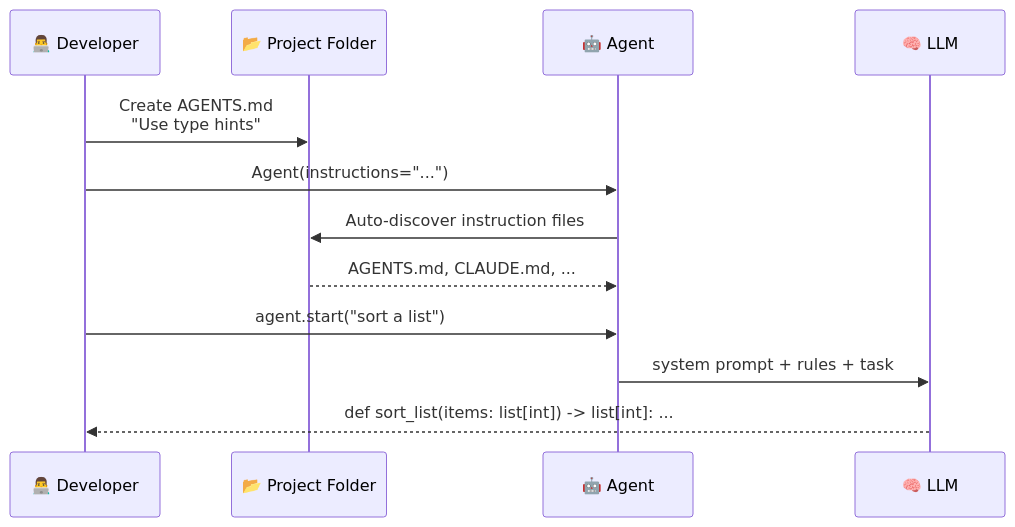
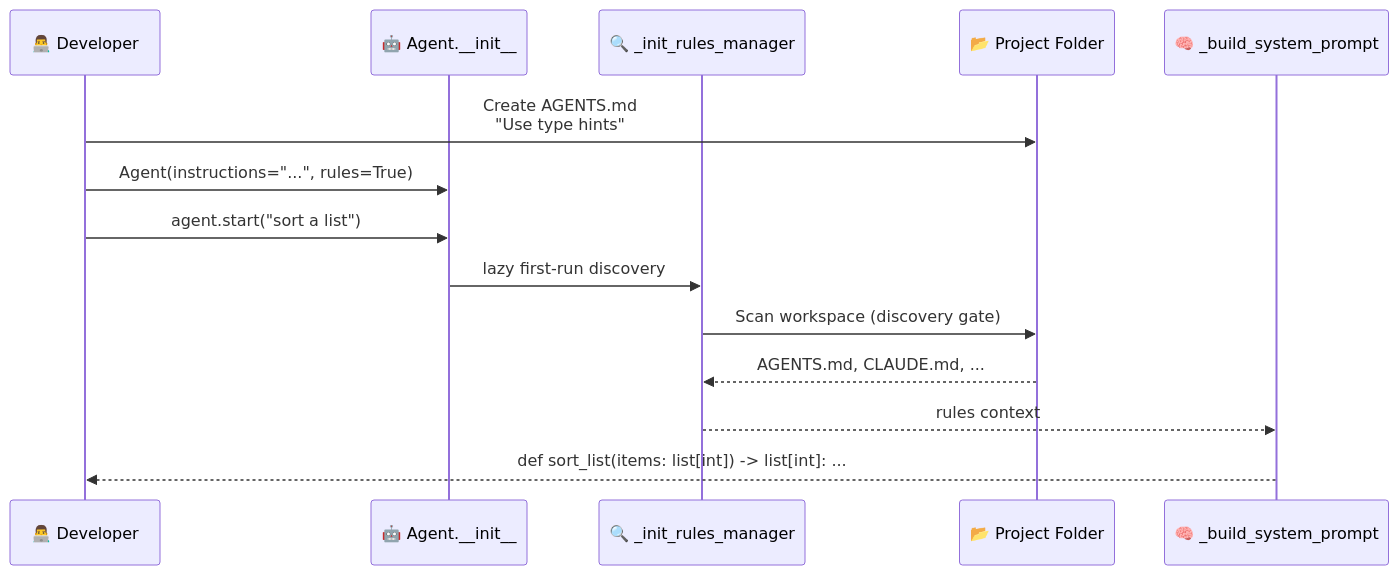
One commit to MervinPraison/PraisonAIDocs changed the first of 4 diagrams in docs/features/rules.mdx. Above: the diagram before and after it, drawn with Mermaid. The commit also changed other lines of this file, not shown here.

First line of the commit message:
docs: update rules.mdx after PraisonAI PR #2757 — Agent(rules=...) auto-applies project rules (fixes #1696)

````diff
--- a/docs/features/rules.mdx
+++ b/docs/features/rules.mdx
@@ -18,15 +12,17 @@
 ```mermaid
 sequenceDiagram
     participant Dev as 👨‍💻 Developer
+    participant Agent as 🤖 Agent.__init__
+    participant Init as 🔍 _init_rules_manager
     participant FS as 📂 Project Folder
-    participant Agent as 🤖 Agent
-    participant LLM as 🧠 LLM
+    participant Prompt as 🧠 _build_system_prompt
 
     Dev->>FS: Create AGENTS.md<br/>"Use type hints"
-    Dev->>Agent: Agent(instructions="...")
-    Agent->>FS: Auto-discover instruction files
-    FS-->>Agent: AGENTS.md, CLAUDE.md, ...
+    Dev->>Agent: Agent(instructions="...", rules=True)
     Dev->>Agent: agent.start("sort a list")
-    Agent->>LLM: system prompt + rules + task
-    LLM-->>Dev: def sort_list(items: list[int]) -> list[int]: ...
+    Agent->>Init: lazy first-run discovery
+    Init->>FS: Scan workspace (discovery gate)
+    FS-->>Init: AGENTS.md, CLAUDE.md, ...
+    Init-->>Prompt: rules context
+    Prompt-->>Dev: def sort_list(items: list[int]) -> list[int]: ...
 ```
````
